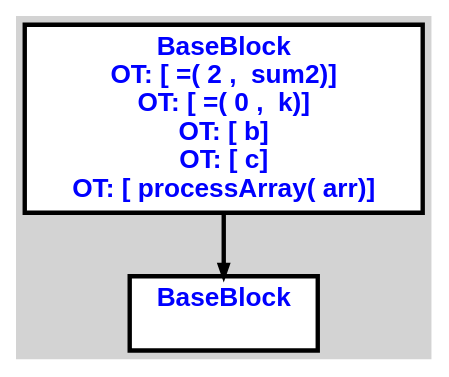
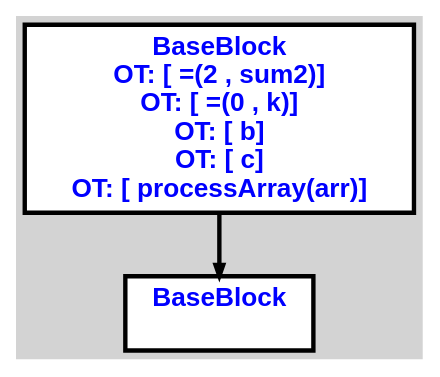
One commit to aveen007/CountingMonkeys changed the diagram in cpoCompilerWin/input2.txt.a.dot. Above: the diagram before and after it, drawn with Graphviz. The commit also changed 22 other files, not shown here.

```diff
--- a/cpoCompilerWin/input2.txt.a.dot
+++ b/cpoCompilerWin/input2.txt.a.dot
@@ -1,15 +1,15 @@
 digraph G {
 ordering=out;
 ranksep=.4;
 bgcolor="lightgrey";  node [shape=box, fixedsize=false, fontsize=12, fontname="Helvetica-bold", fontcolor="blue"
 width=.25, height=.25, color="black", fillcolor="white", style="filled, solid, bold"];
 
-edge [arrowsize=.5, color="black", style="bold"]    n000011A150D24B80 [label="BaseBlock\n OT: [ =( 2 ,  sum2)]
-OT: [ =( 0 ,  k)]
+edge [arrowsize=.5, color="black", style="bold"]    n000011A443424280 [label="BaseBlock\n OT: [ =(2 , sum2)]
+OT: [ =(0 , k)]
 OT: [ b]
 OT: [ c]
-OT: [ processArray( arr)]
+OT: [ processArray(arr)]
 "]
-    n000011A150D24C40 [label="BaseBlock\n "]
-    n000011A150D24B80 -> n000011A150D24C40
+    n000011A443424340 [label="BaseBlock\n "]
+    n000011A443424280 -> n000011A443424340
 }
```
